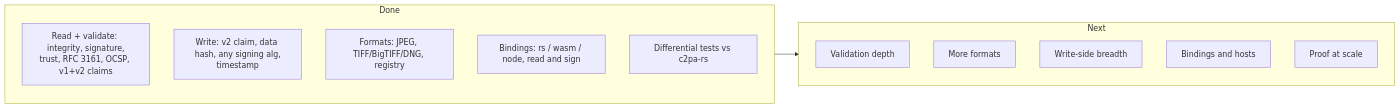
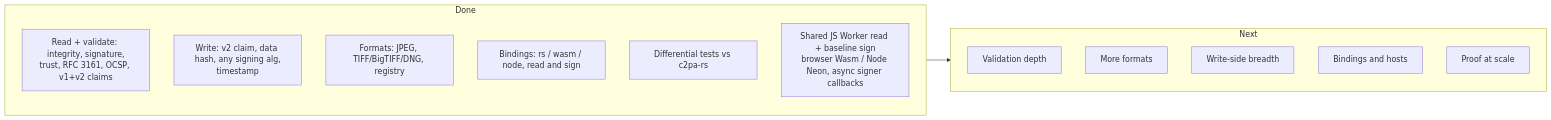
The diagram in docs/walkthrough/09-future.md (scouten/state-machine-experiment), drawn with Mermaid before and after one commit. The commit also changed other lines of this file and 21 other files, not shown here.

First line of the commit message:
Prove shared Worker signing with caller-owned async signers

````diff
--- a/docs/walkthrough/09-future.md
+++ b/docs/walkthrough/09-future.md
@@ -8,20 +8,21 @@
 ```mermaid
 flowchart LR
     subgraph done["Done"]
         direction TB
         d1["Read + validate: integrity, signature,<br/>trust, RFC 3161, OCSP, v1+v2 claims"]
         d2["Write: v2 claim, data hash, any signing alg,<br/>timestamp"]
         d3["Formats: JPEG, TIFF/BigTIFF/DNG, registry"]
         d4["Bindings: rs / wasm / node, read and sign"]
         d5["Differential tests vs c2pa-rs"]
+        d6["Shared JS Worker read + baseline sign<br/>browser Wasm / Node Neon, async signer callbacks"]
     end
     subgraph next["Next"]
         direction TB
         n1["Validation depth"]
         n2["More formats"]
         n3["Write-side breadth"]
         n4["Bindings and hosts"]
         n5["Proof at scale"]
     end
     done --> next
 ```
````
